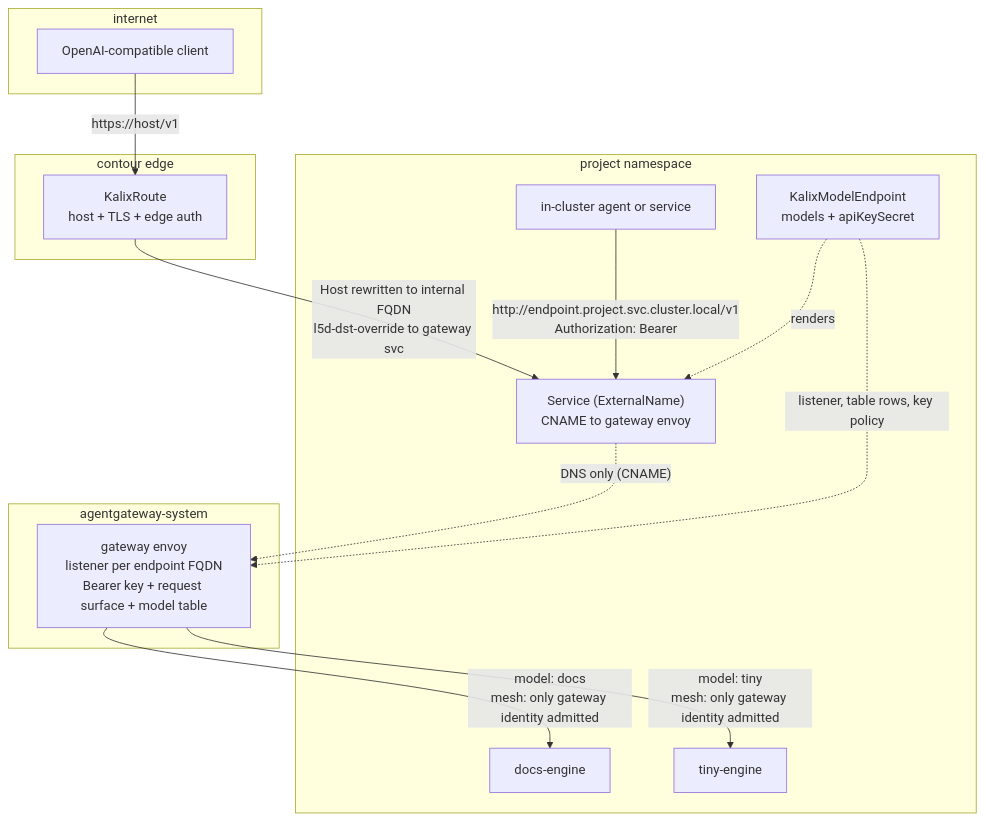
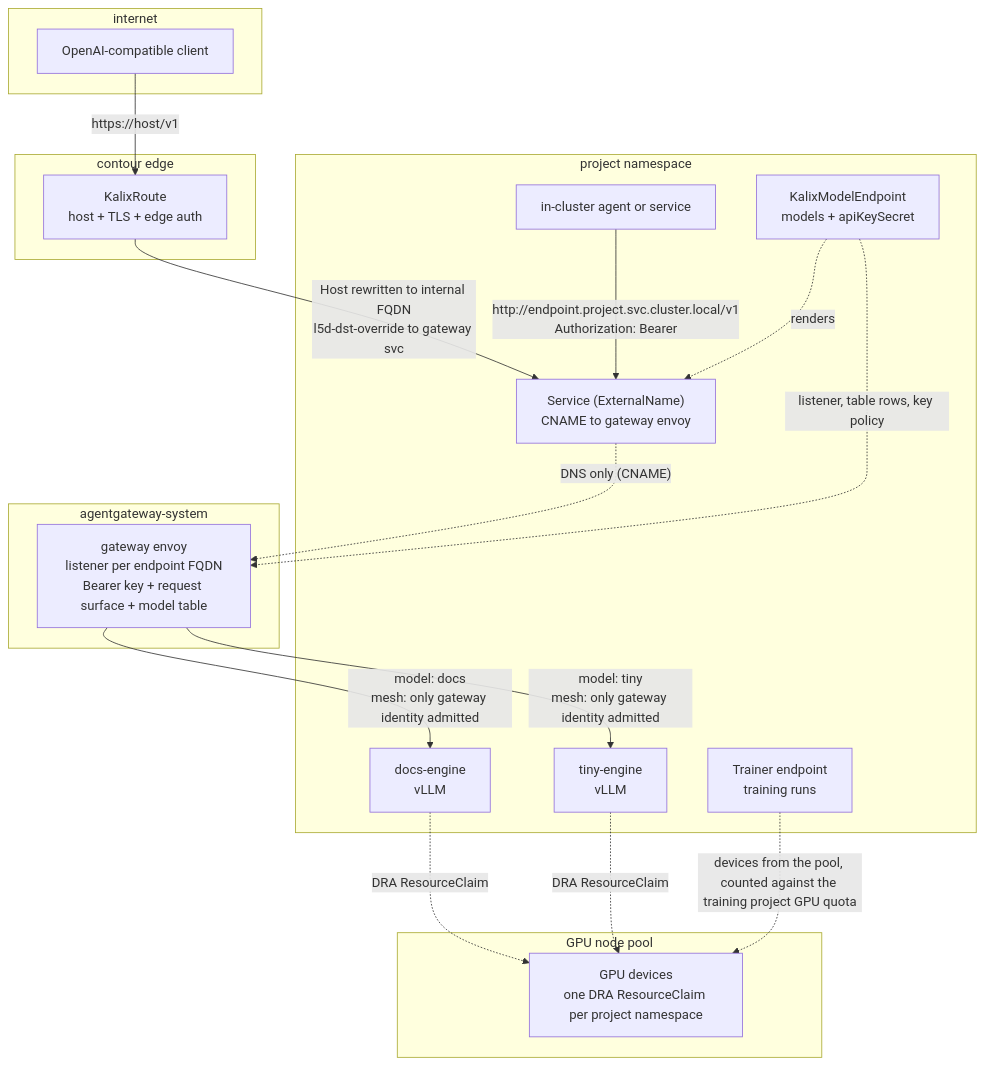
Before and after one commit to akka/akka-sdk: the diagram in docs/src/modules/operations/partials/model-request-diagram.mmd, drawn with Mermaid. The commit also changed 4 other files, not shown here.

Commit message:
docs: add What data and Notes columns, nine platform flows, the Optimize flows, and GPU access to the diagram

```diff
--- a/docs/src/modules/operations/partials/model-request-diagram.mmd
+++ b/docs/src/modules/operations/partials/model-request-diagram.mmd
@@ -1,25 +1,32 @@
 flowchart TD
     subgraph internet["internet"]
         client["OpenAI-compatible client"]
     end
     subgraph edge["contour edge"]
         route["KalixRoute<br/>host + TLS + edge auth"]
     end
     subgraph project["project namespace"]
         agent["in-cluster agent or service"]
         endpoint["KalixModelEndpoint<br/>models + apiKeySecret"]
         svc["Service (ExternalName)<br/>CNAME to gateway envoy"]
-        docs["docs-engine"]
-        tiny["tiny-engine"]
+        docs["docs-engine<br/>vLLM"]
+        tiny["tiny-engine<br/>vLLM"]
+        trainer["Trainer endpoint<br/>training runs"]
+    end
+    subgraph gpus["GPU node pool"]
+        gpu["GPU devices<br/>one DRA ResourceClaim per project namespace"]
     end
     subgraph gwsys["agentgateway-system"]
         gw["gateway envoy<br/>listener per endpoint FQDN<br/>Bearer key + request surface + model table"]
     end
     client -->|"https://host/v1"| route
     route -->|"Host rewritten to internal FQDN<br/>l5d-dst-override to gateway svc"| svc
     agent -->|"http://endpoint.project.svc.cluster.local/v1<br/>Authorization: Bearer"| svc
     endpoint -.->|"renders"| svc
     svc -.->|"DNS only (CNAME)"| gw
     endpoint -.->|"listener, table rows, key policy"| gw
     gw -->|"model: docs<br/>mesh: only gateway identity admitted"| docs
     gw -->|"model: tiny<br/>mesh: only gateway identity admitted"| tiny
+    docs -.->|"DRA ResourceClaim"| gpu
+    tiny -.->|"DRA ResourceClaim"| gpu
+    trainer -.->|"devices from the pool, counted against the training project GPU quota"| gpu
```
